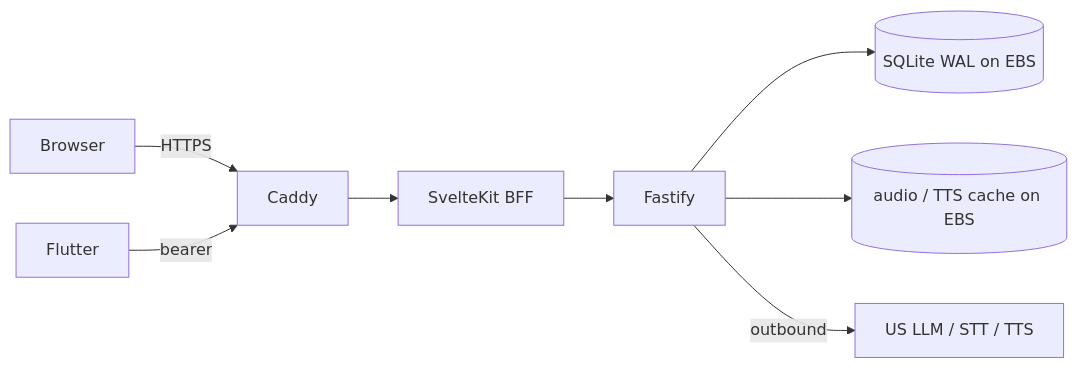
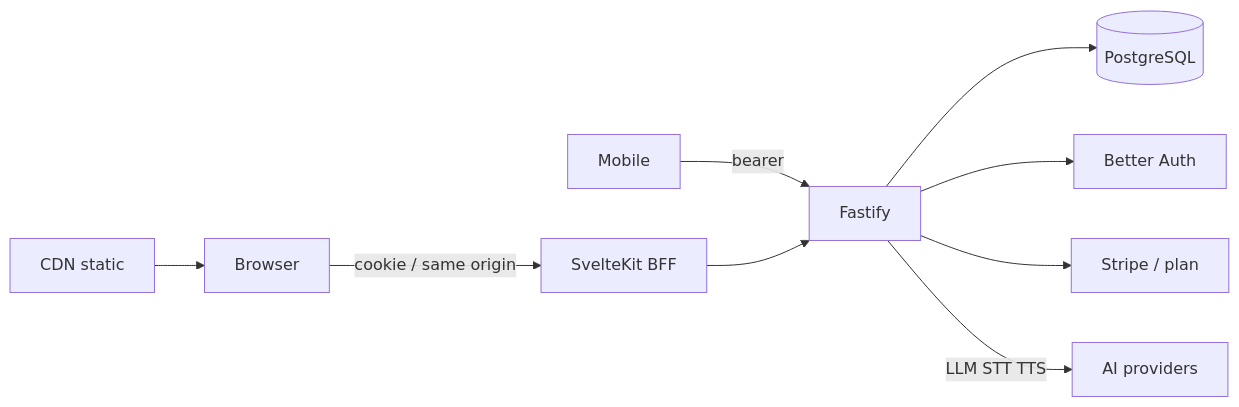
The diagram in src/en/products/tutored.md (binartist/about-me), drawn with Mermaid before and after one commit. The commit also changed other lines of this file and 10 other files, not shown here.

````diff
--- a/src/en/products/tutored.md
+++ b/src/en/products/tutored.md
@@ -15,10 +13,11 @@
 ```mermaid
 flowchart LR
-  Browser -->|HTTPS| Caddy
-  Mobile[Flutter] -->|bearer| Caddy
-  Caddy --> App[SvelteKit BFF]
-  App --> API[Fastify]
-  API --> SQLite[(SQLite WAL on EBS)]
-  API --> Audio[(audio / TTS cache on EBS)]
-  API -->|outbound| US[US LLM / STT / TTS]
+  Browser -->|cookie / same origin| BFF[SvelteKit BFF]
+  CDN[CDN static] --> Browser
+  Mobile[Mobile] -->|bearer| API[Fastify]
+  BFF --> API
+  API --> PG[(PostgreSQL)]
+  API --> Auth[Better Auth]
+  API --> Pay[Stripe / plan]
+  API -->|LLM STT TTS| AI[AI providers]
 ```
````
